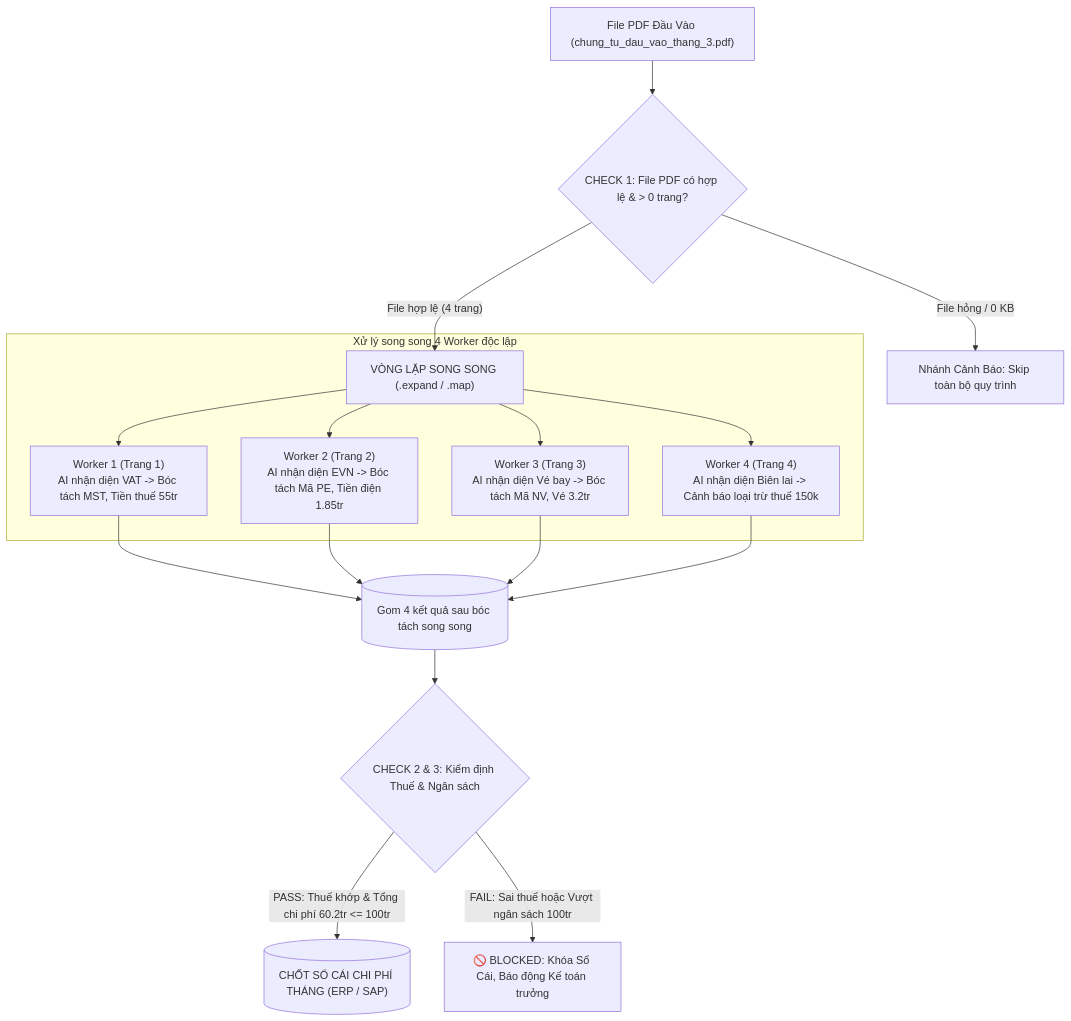
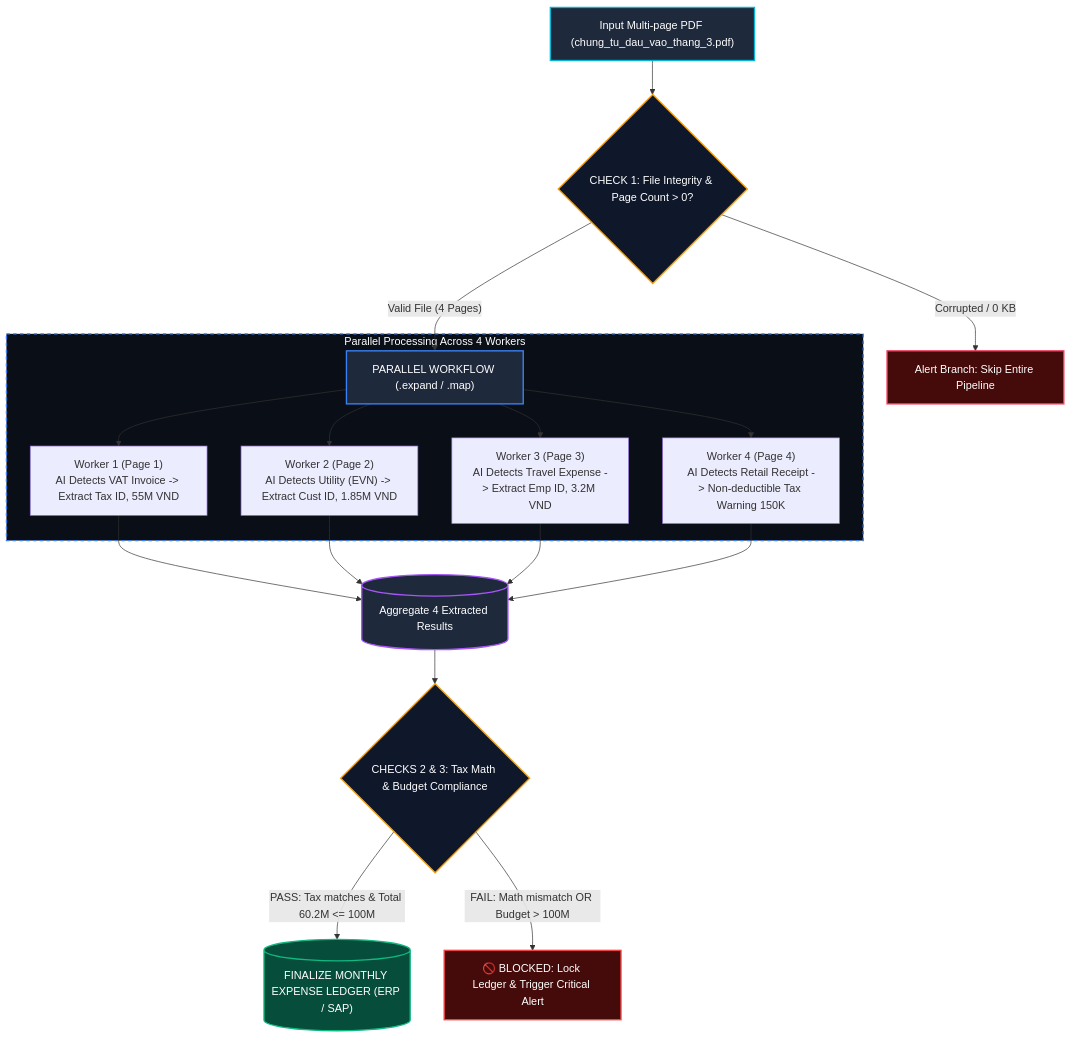
One commit to dangminhduchl/Airflow_Dagster changed the diagram in DOCS_Y_TUONG_VA_CAC_BUOC_DU_AN.md. Above: the diagram before and after it, drawn with Mermaid. The commit also changed 127 other files, not shown here.

````diff
--- a/DOCS_Y_TUONG_VA_CAC_BUOC_DU_AN.md
+++ b/DOCS_Y_TUONG_VA_CAC_BUOC_DU_AN.md
@@ -29,21 +29,31 @@
 ```mermaid
 graph TD
-    A["File PDF Đầu Vào (chung_tu_dau_vao_thang_3.pdf)"] --> B{"CHECK 1: File PDF có hợp lệ & > 0 trang?"}
+    A["Input Multi-page PDF (chung_tu_dau_vao_thang_3.pdf)"] --> B{"CHECK 1: File Integrity & Page Count > 0?"}
     
-    B -- "File hỏng / 0 KB" --> C["Nhánh Cảnh Báo: Skip toàn bộ quy trình"]
-    B -- "File hợp lệ (4 trang)" --> D["VÒNG LẶP SONG SONG (.expand / .map)"]
+    B -- "Corrupted / 0 KB" --> C["Alert Branch: Skip Entire Pipeline"]
+    B -- "Valid File (4 Pages)" --> D["PARALLEL WORKFLOW (.expand / .map)"]
     
-    subgraph ParallelLoop ["Xử lý song song 4 Worker độc lập"]
-        D --> P1["Worker 1 (Trang 1)<br/>AI nhận diện VAT -> Bóc tách MST, Tiền thuế 55tr"]
-        D --> P2["Worker 2 (Trang 2)<br/>AI nhận diện EVN -> Bóc tách Mã PE, Tiền điện 1.85tr"]
-        D --> P3["Worker 3 (Trang 3)<br/>AI nhận diện Vé bay -> Bóc tách Mã NV, Vé 3.2tr"]
-        D --> P4["Worker 4 (Trang 4)<br/>AI nhận diện Biên lai -> Cảnh báo loại trừ thuế 150k"]
+    subgraph ParallelLoop ["Parallel Processing Across 4 Workers"]
+        D --> P1["Worker 1 (Page 1)<br/>AI Detects VAT Invoice -> Extract Tax ID, 55M VND"]
+        D --> P2["Worker 2 (Page 2)<br/>AI Detects Utility (EVN) -> Extract Cust ID, 1.85M VND"]
+        D --> P3["Worker 3 (Page 3)<br/>AI Detects Travel Expense -> Extract Emp ID, 3.2M VND"]
+        D --> P4["Worker 4 (Page 4)<br/>AI Detects Retail Receipt -> Non-deductible Tax Warning 150K"]
     end
     
-    P1 & P2 & P3 & P4 --> G[("Gom 4 kết quả sau bóc tách song song")]
+    P1 & P2 & P3 & P4 --> G[("Aggregate 4 Extracted Results")]
     
-    G --> H{"CHECK 2 & 3: Kiểm định Thuế & Ngân sách"}
+    G --> H{"CHECKS 2 & 3: Tax Math & Budget Compliance"}
     
-    H -- "PASS: Thuế khớp & Tổng chi phí 60.2tr <= 100tr" --> I[("CHỐT SỔ CÁI CHI PHÍ THÁNG (ERP / SAP)")]
-    H -- "FAIL: Sai thuế hoặc Vượt ngân sách 100tr" --> K["🚫 BLOCKED: Khóa Sổ Cái, Báo động Kế toán trưởng"]
+    H -- "PASS: Tax matches & Total 60.2M <= 100M" --> I[("FINALIZE MONTHLY EXPENSE LEDGER (ERP / SAP)")]
+    H -- "FAIL: Math mismatch OR Budget > 100M" --> K["🚫 BLOCKED: Lock Ledger & Trigger Critical Alert"]
+
+    style A fill:#1e293b,stroke:#06b6d4,stroke-width:2px,color:#fff
+    style B fill:#0f172a,stroke:#f59e0b,stroke-width:2px,color:#fff
+    style C fill:#450a0a,stroke:#f43f5e,stroke-width:2px,color:#fff
+    style D fill:#1e293b,stroke:#3b82f6,stroke-width:2px,color:#fff
+    style ParallelLoop fill:#0a0e17,stroke:#3b82f6,stroke-width:2px,stroke-dasharray: 5 5,color:#fff
+    style G fill:#1e293b,stroke:#a855f7,stroke-width:2px,color:#fff
+    style H fill:#0f172a,stroke:#f59e0b,stroke-width:2px,color:#fff
+    style K fill:#450a0a,stroke:#ef4444,stroke-width:2px,color:#fff
+    style I fill:#064e3b,stroke:#10b981,stroke-width:2px,color:#fff
 ```
````
